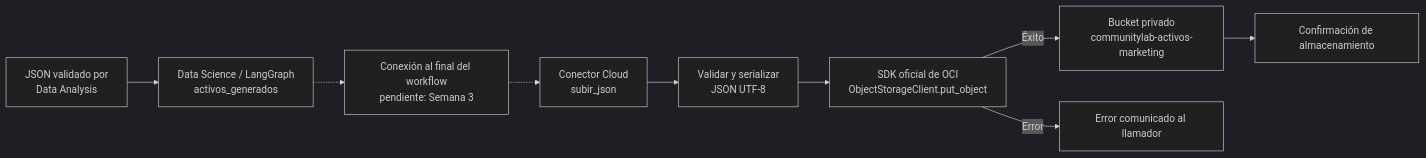
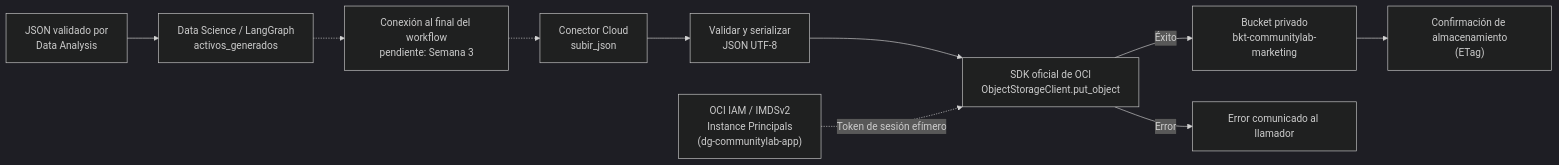
Before and after one commit to HenryH11/communitylab: the diagram in docs/diagrama_persistencia_oci.md, drawn with Mermaid (dark theme). The commit also changed other lines of this file and 1 other file, not shown here.

Commit message:
refactor(cloud): implementar Instance Principals y actualizar nomenclatura de infraestructura OCI

````diff
--- a/docs/diagrama_persistencia_oci.md
+++ b/docs/diagrama_persistencia_oci.md
@@ -9,18 +9,20 @@
 ```mermaid
 flowchart LR
     A["JSON validado por<br/>Data Analysis"]
     B["Data Science / LangGraph<br/>activos_generados"]
     C["Conexión al final del workflow<br/>pendiente: Semana 3"]
     D["Conector Cloud<br/>subir_json"]
     E["Validar y serializar<br/>JSON UTF-8"]
+    IAM["OCI IAM / IMDSv2<br/>Instance Principals<br/>(dg-communitylab-app)"]
     F["SDK oficial de OCI<br/>ObjectStorageClient.put_object"]
-    G["Bucket privado<br/>communitylab-activos-marketing"]
-    H["Confirmación de almacenamiento"]
+    G["Bucket privado<br/>bkt-communitylab-marketing"]
+    H["Confirmación de almacenamiento<br/>(ETag)"]
     I["Error comunicado al llamador"]
 
     A --> B
     B -.-> C -.-> D
     D --> E --> F
+    IAM -.->|Token de sesión efímero| F
     F -->|Éxito| G --> H
     F -->|Error| I
 ```
````
